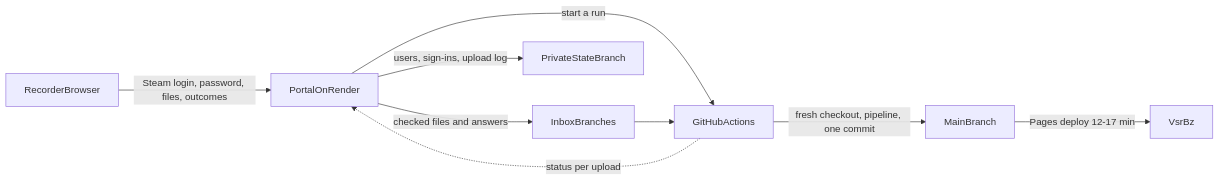
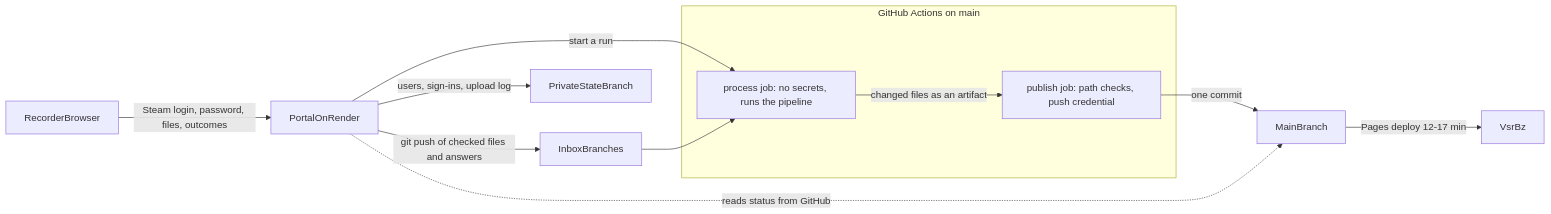
The diagram in .cursor/plans/session_upload_portal_4e4edccc.plan.md (sevsunday/vsr.bz), drawn with Mermaid before and after one commit. The commit also changed other lines of this file, not shown here.

````diff
--- a/.cursor/plans/session_upload_portal_4e4edccc.plan.md
+++ b/.cursor/plans/session_upload_portal_4e4edccc.plan.md
@@ -47,11 +53,14 @@
 ```mermaid
 flowchart LR
+  subgraph actions [GitHub Actions on main]
+    ProcessJob["process job: no secrets, runs the pipeline"] -->|"changed files as an artifact"| PublishJob["publish job: path checks, push credential"]
+  end
   Recorder[RecorderBrowser] -->|"Steam login, password, files, outcomes"| Portal[PortalOnRender]
-  Portal -->|"checked files and answers"| Inbox[InboxBranches]
-  Portal -->|"start a run"| Actions[GitHubActions]
-  Inbox --> Actions
-  Actions -->|"fresh checkout, pipeline, one commit"| MainBranch[MainBranch]
+  Portal -->|"git push of checked files and answers"| Inbox[InboxBranches]
+  Portal -->|"start a run"| ProcessJob
+  Inbox --> ProcessJob
+  PublishJob -->|"one commit"| MainBranch[MainBranch]
   MainBranch -->|"Pages deploy 12-17 min"| Site[VsrBz]
-  Actions -.->|"status per upload"| Portal
+  Portal -.->|"reads status from GitHub"| MainBranch
   Portal -->|"users, sign-ins, upload log"| StateBranch[PrivateStateBranch]
 ```
````
